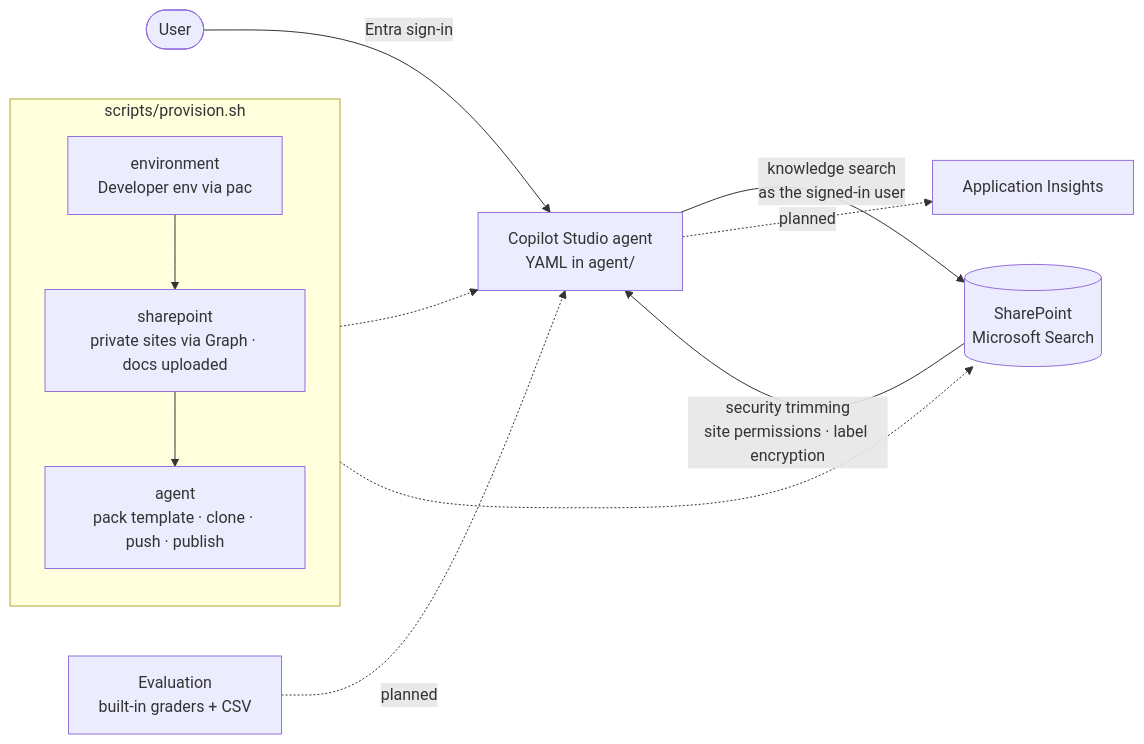
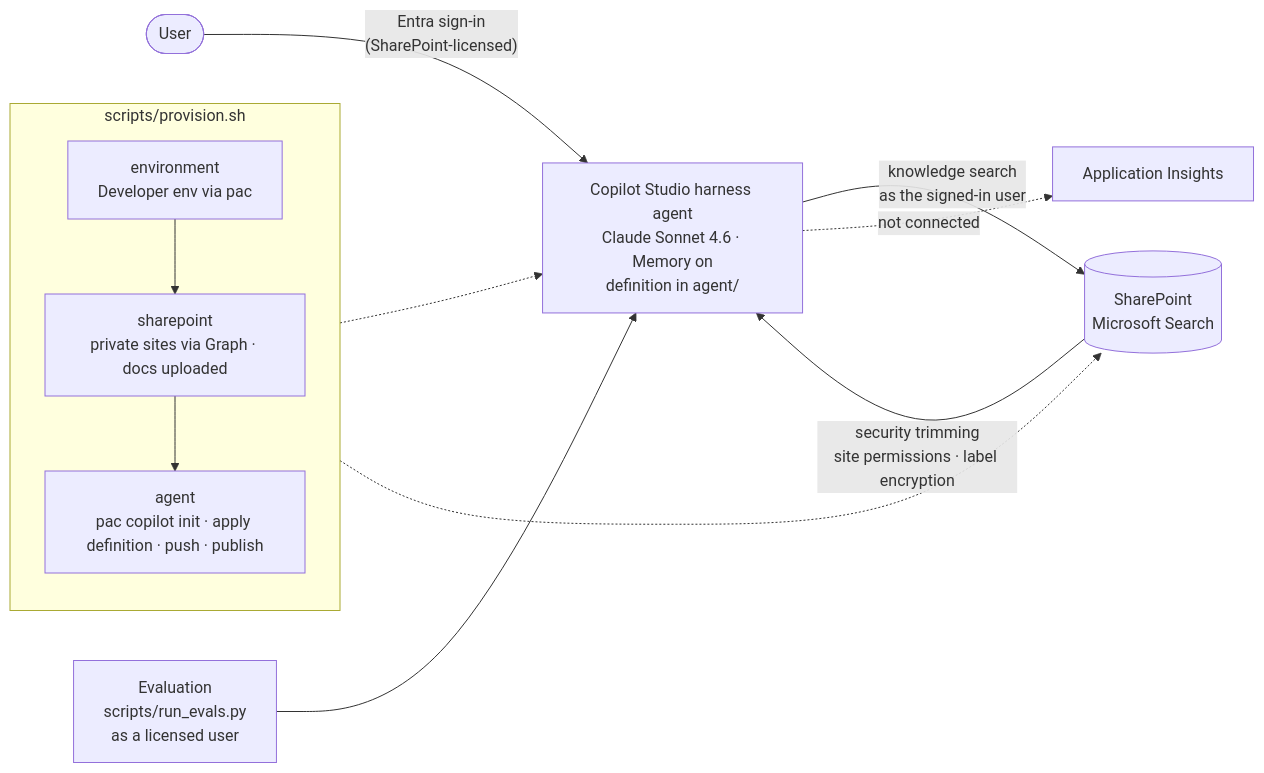
The diagram in README.md (Metafiziks/copilot-studio-agent), drawn with Mermaid before and after one commit. The commit also changed other lines of this file and 4 other files, not shown here.

First line of the commit message:
Document the harness agent: memory, protected-mode results, license requirement, evals

````diff
--- a/README.md
+++ b/README.md
@@ -17,16 +20,16 @@
 ```mermaid
 flowchart LR
     subgraph deploy["scripts/provision.sh"]
         direction TB
         D1["environment<br/>Developer env via pac"] --> D2["sharepoint<br/>private sites via Graph · docs uploaded"]
-        D2 --> D3["agent<br/>pack template · clone · push · publish"]
+        D2 --> D3["agent<br/>pac copilot init · apply definition · push · publish"]
     end
 
-    U([User]) -->|"Entra sign-in"| A["Copilot Studio agent<br/>YAML in agent/"]
+    U([User]) -->|"Entra sign-in<br/>(SharePoint-licensed)"| A["Copilot Studio harness agent<br/>Claude Sonnet 4.6 · Memory on<br/>definition in agent/"]
     A -->|"knowledge search<br/>as the signed-in user"| S[("SharePoint<br/>Microsoft Search")]
     S -->|"security trimming<br/>site permissions · label encryption"| A
     D3 -.-> A
     D2 -.-> S
-    A -.->|planned| AI["Application Insights"]
-    E["Evaluation<br/>built-in graders + CSV"] -.->|planned| A
+    A -.->|"not connected"| AI["Application Insights"]
+    E["Evaluation<br/>scripts/run_evals.py<br/>as a licensed user"] --> A
 ```
````
